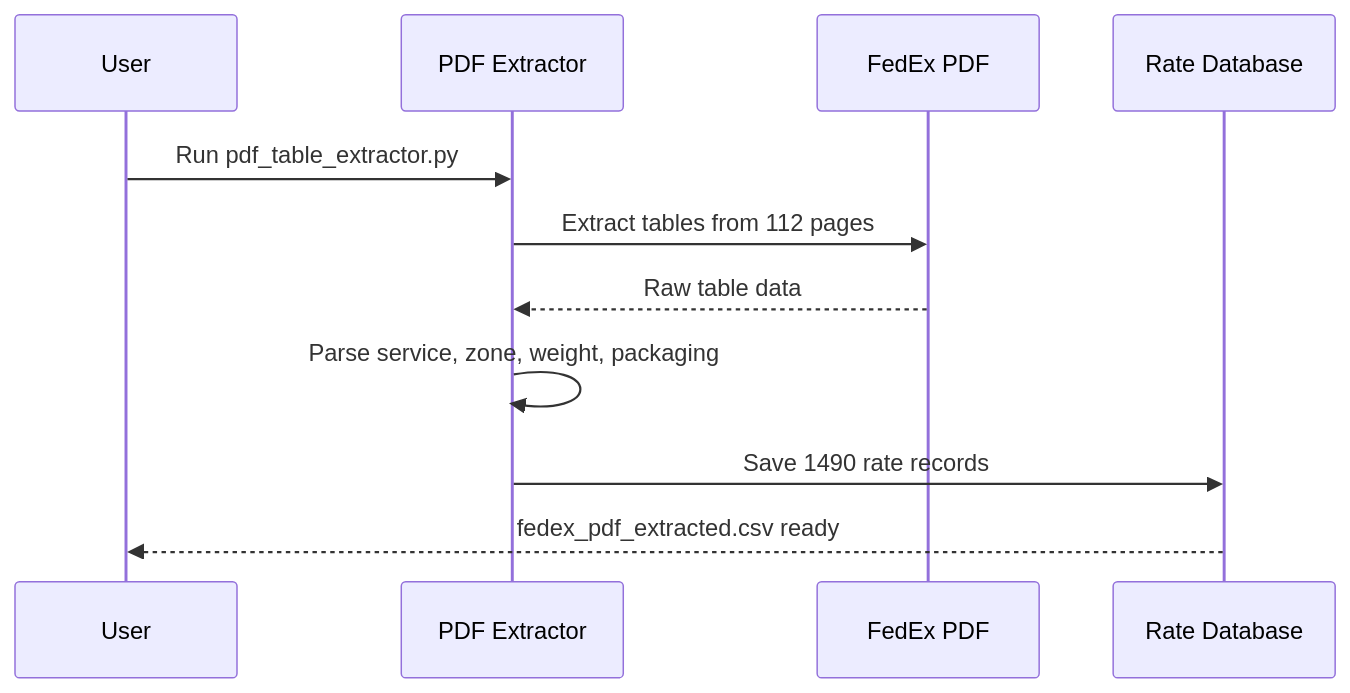
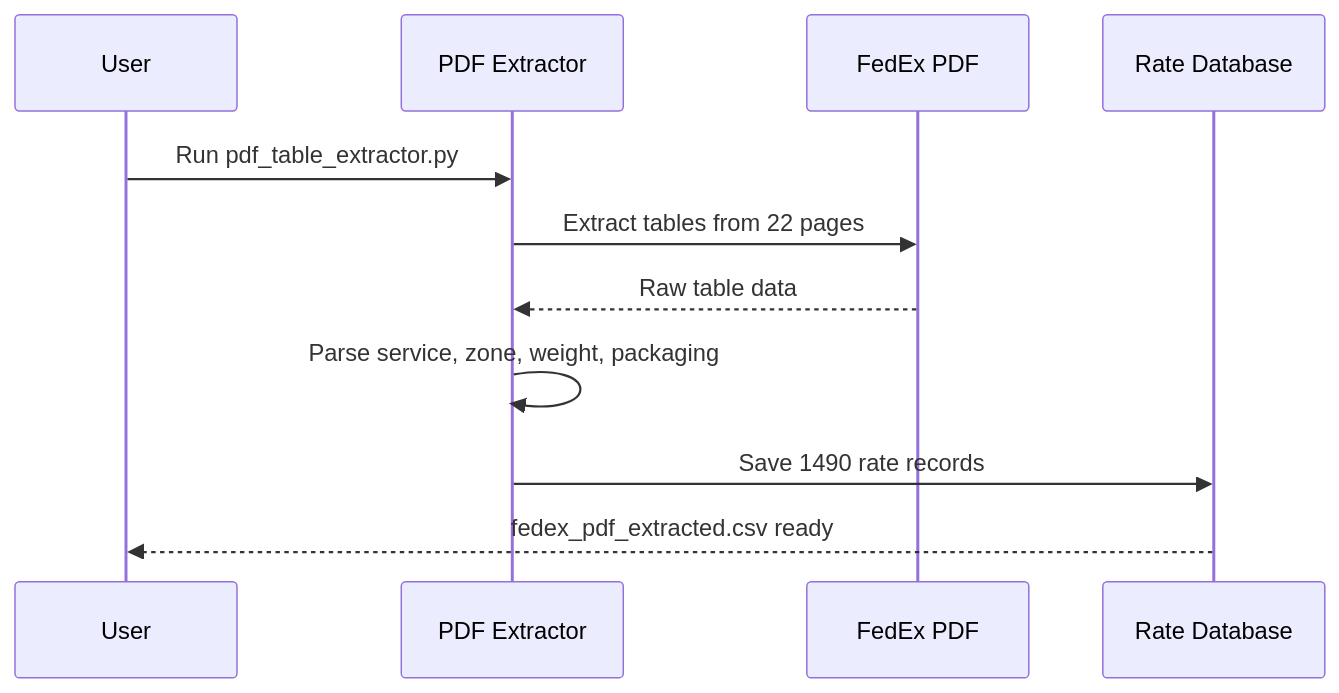
Before and after one commit to interview-tasks/Dobs_AI_Engineer: the second of 3 diagrams in README.md, drawn with Mermaid.

````diff
--- a/README.md
+++ b/README.md
@@ -27,14 +27,14 @@
 ```mermaid
 sequenceDiagram
     participant U as User
     participant P as PDF Extractor
     participant PDF as FedEx PDF
     participant CSV as Rate Database
 
     U->>P: Run pdf_table_extractor.py
-    P->>PDF: Extract tables from 112 pages
+    P->>PDF: Extract tables from 22 pages
     PDF-->>P: Raw table data
     P->>P: Parse service, zone, weight, packaging
     P->>CSV: Save 1490 rate records
     CSV-->>U: fedex_pdf_extracted.csv ready
 ```
````
